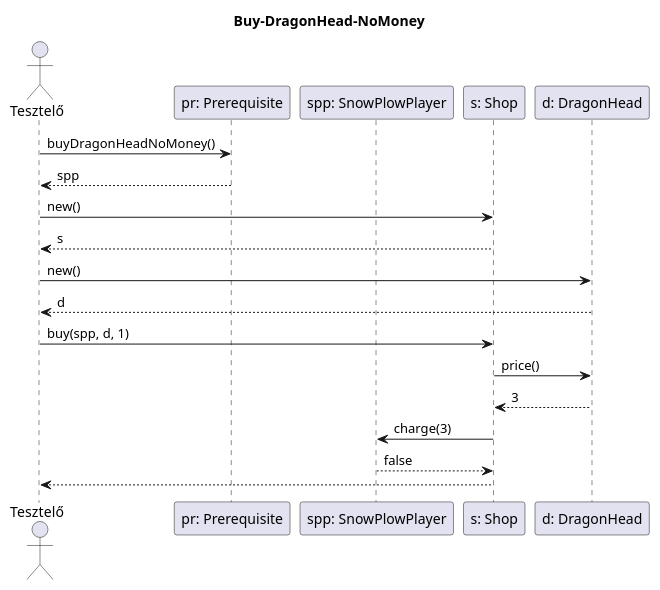
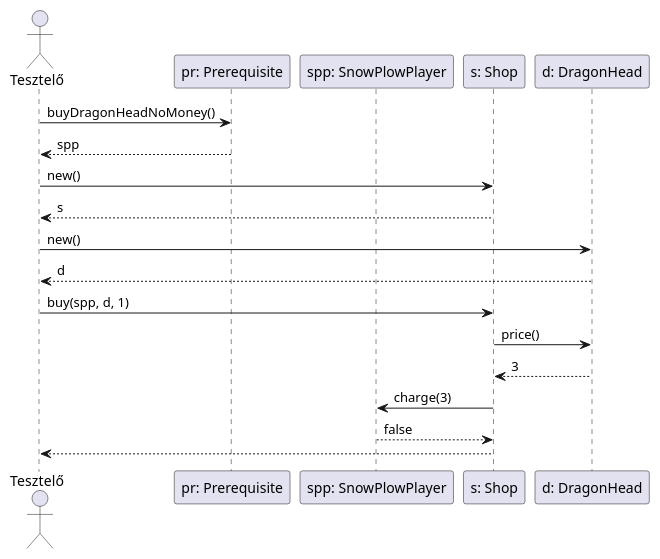
The diagram in docs/skeleton/shop/buydragonheadnomoney.plantuml (uhrinandor/spring), drawn with PlantUML before and after one commit. The commit also changed 8 other files, not shown here.

```diff
--- a/docs/skeleton/shop/buydragonheadnomoney.plantuml
+++ b/docs/skeleton/shop/buydragonheadnomoney.plantuml
@@ -1,25 +1,23 @@
 @startuml
-title Buy-DragonHead-NoMoney
-
 actor "Tesztelő" as tester
 participant "pr: Prerequisite" as preq
 participant "spp: SnowPlowPlayer" as player
 participant "s: Shop" as shop
 participant "d: DragonHead" as head
 
 tester -> preq: buyDragonHeadNoMoney()
 preq --> tester: spp
 tester -> shop: new()
 shop --> tester: s
 tester -> head: new()
 head --> tester: d
 tester -> shop: buy(spp, d, 1)
 
 shop -> head: price()
 head --> shop: 3
 shop -> player: charge(3)
 player --> shop: false
 
 shop --> tester: 
 
 @enduml
```
